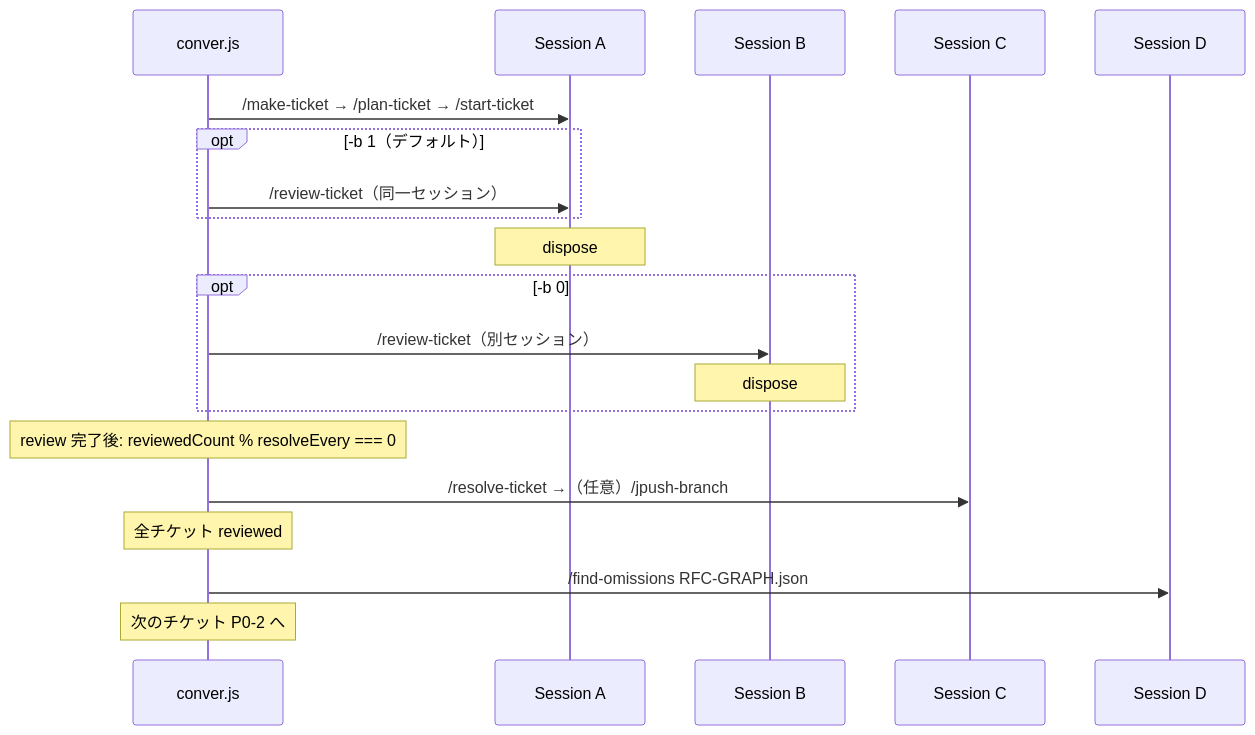
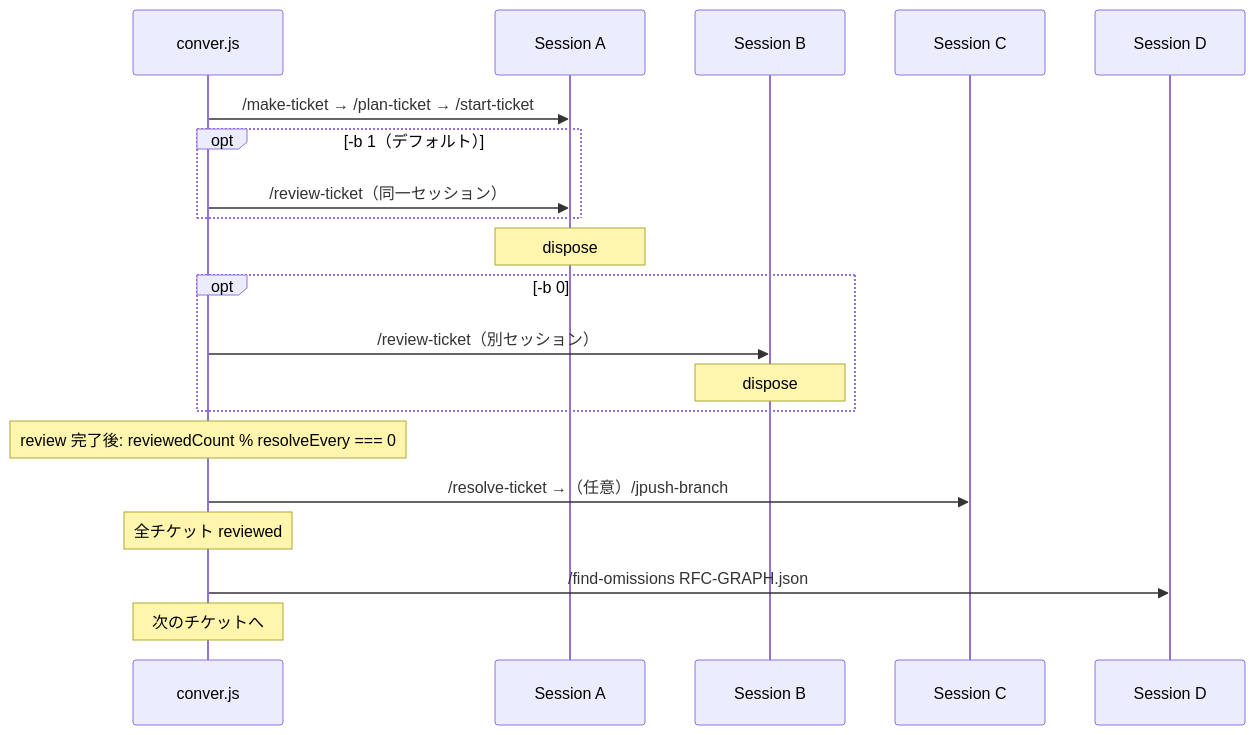
One commit to t-kawata/zasso changed the third of 7 diagrams in tools/conver/README.md. Above: the diagram before and after it, drawn with Mermaid. The commit also changed other lines of this file and 4 other files, not shown here.

````diff
--- a/tools/conver/README.md
+++ b/tools/conver/README.md
@@ -494,23 +511,23 @@
 ```mermaid
 sequenceDiagram
     participant CV as conver.js
     participant SA as Session A
     participant SB as Session B
     participant SC as Session C
     participant SD as Session D
 
     CV->>SA: /make-ticket → /plan-ticket → /start-ticket
     opt -b 1（デフォルト）
         CV->>SA: /review-ticket（同一セッション）
     end
     Note over SA: dispose
     opt -b 0
         CV->>SB: /review-ticket（別セッション）
         Note over SB: dispose
     end
     Note over CV: review 完了後: reviewedCount % resolveEvery === 0
     CV->>SC: /resolve-ticket →（任意）/jpush-branch
     Note over CV: 全チケット reviewed
     CV->>SD: /find-omissions RFC-GRAPH.json
-    Note over CV: 次のチケット P0-2 へ
+    Note over CV: 次のチケットへ
 ```
````
